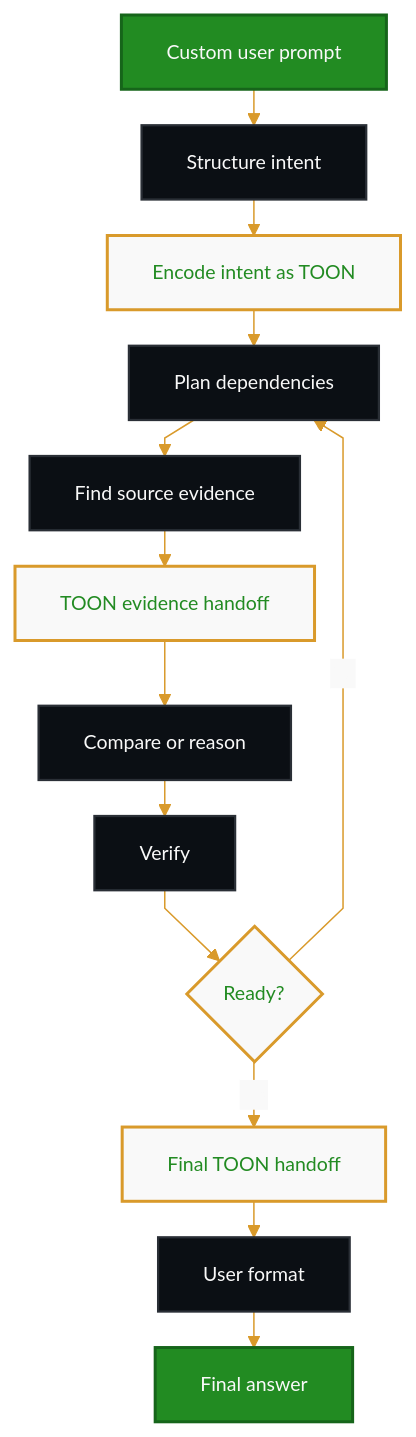
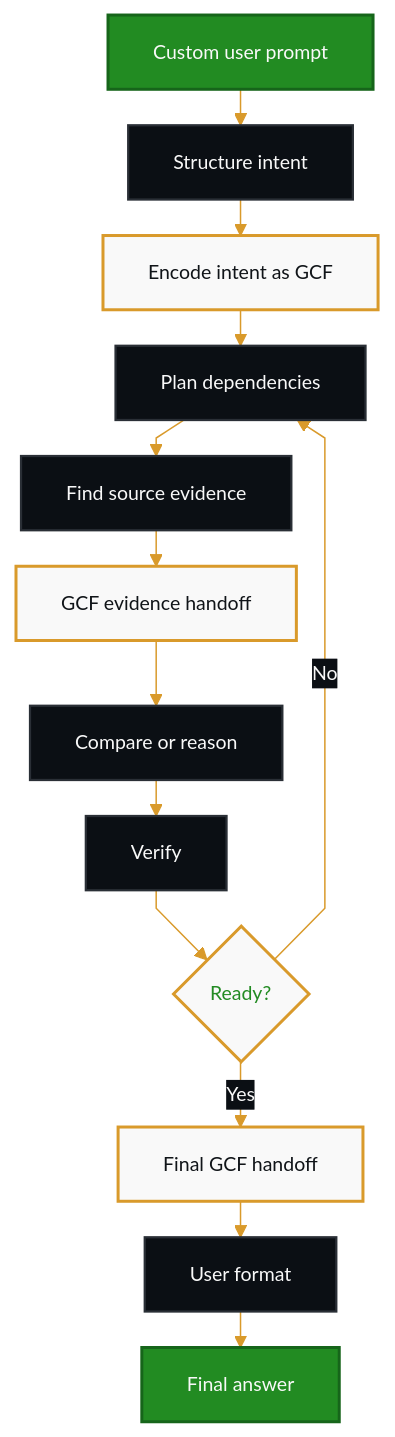
The tenth of 10 diagrams in docs/diagrams.md (Hassaan146/agentic-ai-workflow), drawn with Mermaid before and after one commit. The commit also changed other lines of this file and 18 other files, not shown here.

````diff
--- a/docs/diagrams.md
+++ b/docs/diagrams.md
@@ -299,25 +300,26 @@
 ```mermaid
-%%{init: {'theme': 'base', 'flowchart': {'nodeSpacing': 18, 'rankSpacing': 24, 'curve': 'linear'}, 'themeVariables': {'fontSize': '13px', 'primaryColor': '#228B22', 'primaryTextColor': '#F9F9F9', 'primaryBorderColor': '#16651A', 'lineColor': '#D99A2B', 'secondaryColor': '#F9F9F9', 'secondaryTextColor': '#228B22', 'secondaryBorderColor': '#D99A2B', 'tertiaryColor': '#0B0F14', 'tertiaryTextColor': '#F9F9F9', 'tertiaryBorderColor': '#2A2F36', 'background': '#070B10', 'mainBkg': '#228B22', 'secondBkg': '#F9F9F9', 'textColor': '#F9F9F9', 'edgeLabelBackground': '#F9F9F9'}}}%%
+%%{init: {"theme":"base","flowchart":{"nodeSpacing":18,"rankSpacing":24,"curve":"linear"},"themeVariables":{"fontSize":"13px","background":"#070B10","primaryColor":"#228B22","primaryTextColor":"#F9F9F9","primaryBorderColor":"#16651A","secondaryColor":"#F9F9F9","secondaryTextColor":"#101418","secondaryBorderColor":"#D99A2B","tertiaryColor":"#0B0F14","tertiaryTextColor":"#F9F9F9","tertiaryBorderColor":"#2A2F36","lineColor":"#D99A2B","textColor":"#F9F9F9","edgeLabelBackground":"#0B0F14"}}}%%
 flowchart TD
     A["Custom user prompt"] --> B["Structure intent"]
-    B --> C["Encode intent as TOON"]
+    B --> C["Encode intent as GCF"]
     C --> D["Plan dependencies"]
     D --> E["Find source evidence"]
-    E --> F["TOON evidence handoff"]
+    E --> F["GCF evidence handoff"]
     F --> G["Compare or reason"]
     G --> H["Verify"]
     H --> I{"Ready?"}
     I -->|No| D
-    I -->|Yes| J["Final TOON handoff"]
+    I -->|Yes| J["Final GCF handoff"]
     J --> K["User format"]
     K --> L["Final answer"]
 
     classDef primary fill:#228B22,stroke:#16651A,color:#F9F9F9,stroke-width:2px;
     classDef dark fill:#0B0F14,stroke:#2A2F36,color:#F9F9F9,stroke-width:1.5px;
-    classDef toon fill:#F9F9F9,stroke:#D99A2B,color:#228B22,stroke-width:2px;
+    classDef gcf fill:#F9F9F9,stroke:#D99A2B,color:#101418,stroke-width:2px;
     classDef decision fill:#F9F9F9,stroke:#D99A2B,color:#228B22,stroke-width:2px;
+
     class A,L primary;
     class B,D,E,G,H,K dark;
-    class C,F,J toon;
+    class C,F,J gcf;
     class I decision;
 ```
````
